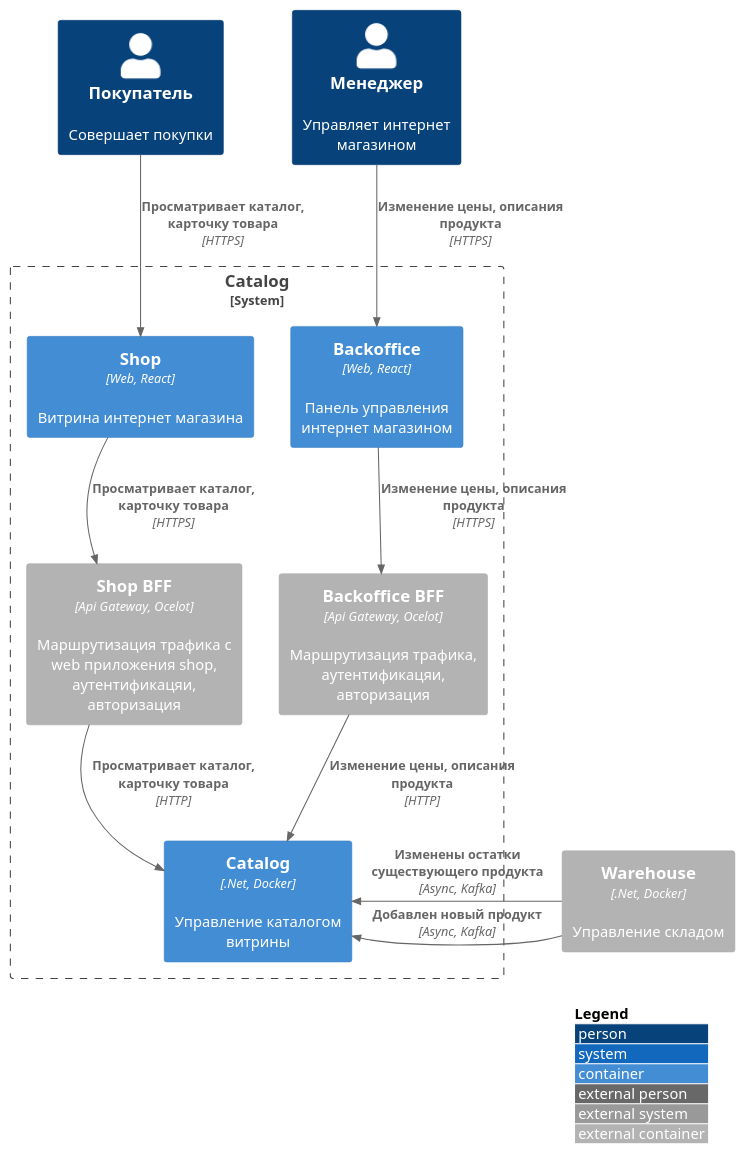
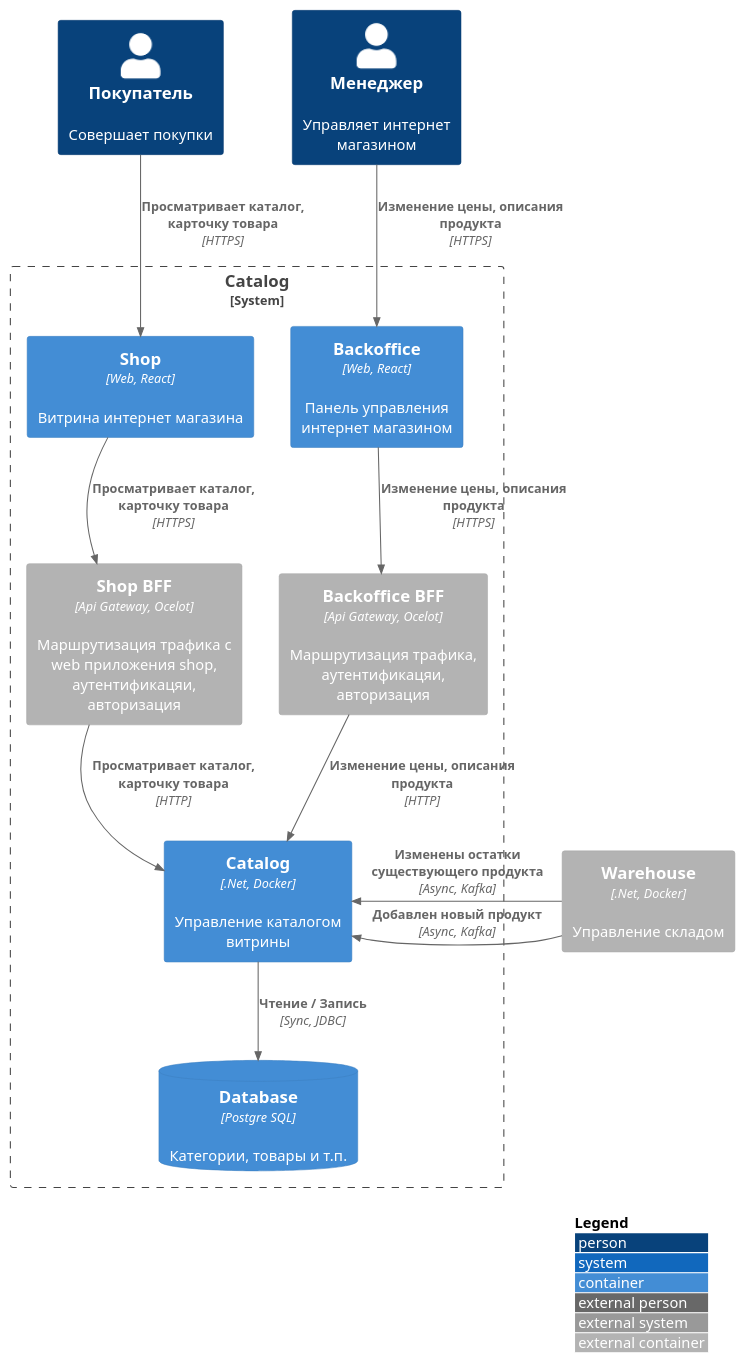
One commit to gerzhan/knigaexpert-system-design changed the first of 2 diagrams in services/catalog/README.md. Above: the diagram before and after it, drawn with PlantUML. The commit also changed 1 other file, not shown here.

````diff
--- a/services/catalog/README.md
+++ b/services/catalog/README.md
@@ -8,36 +8,38 @@
 ```plantuml
 !include https://raw.githubusercontent.com/plantuml-stdlib/C4-PlantUML/master/C4_Container.puml
 
 skinparam wrapWidth 200
 skinparam maxMessageSize 200
 
 LAYOUT_TOP_DOWN()
 LAYOUT_WITH_LEGEND()
 
 Person(customer, Покупатель, "Совершает покупки")
 Person(manager, Менеджер, "Управляет интернет магазином")
 
 Container_Ext(warehouse, "Warehouse", ".Net, Docker", "Управление складом")
 
 System_Boundary(boundary, "Catalog") {
 ' Shop
 Container(shop_app, "Shop", "Web, React", "Витрина интернет магазина")
 Container_Ext(shop_bff, "Shop BFF", "Api Gateway, Ocelot", "Маршрутизация трафика c web приложения shop, аутентификацяи, авторизация")
 Rel(shop_app, shop_bff, "Просматривает каталог, карточку товара", "HTTPS")
 Rel(customer, shop_app, "Просматривает каталог, карточку товара", "HTTPS")
 
 ' Backoffice
 Container(backoffice_app, "Backoffice", "Web, React", "Панель управления интернет магазином")  
 Container_Ext(backoffice_bff, "Backoffice BFF", "Api Gateway, Ocelot", "Маршрутизация трафика, аутентификацяи, авторизация")
 Rel(backoffice_app, backoffice_bff, "Изменение цены, описания продукта", "HTTPS")
 Rel(manager, backoffice_app, "Изменение цены, описания продукта", "HTTPS")
 
 
 Container(catalog, "Catalog", ".Net, Docker", "Управление каталогом витрины")
+ContainerDb(catalog_db, "Database", "Postgre SQL", "Категории, товары и т.п.")
+Rel(catalog, catalog_db, "Чтение / Запись", "Sync, JDBC")
 Rel_L(warehouse, catalog, "Добавлен новый продукт", "Async, Kafka")
 Rel_L(warehouse, catalog, "Изменены остатки существующего продукта", "Async, Kafka")
 Rel(shop_bff, catalog, "Просматривает каталог, карточку товара", "HTTP")
 Rel(backoffice_bff, catalog, "Изменение цены, описания продукта", "HTTP")
 }
 
 ```
````
